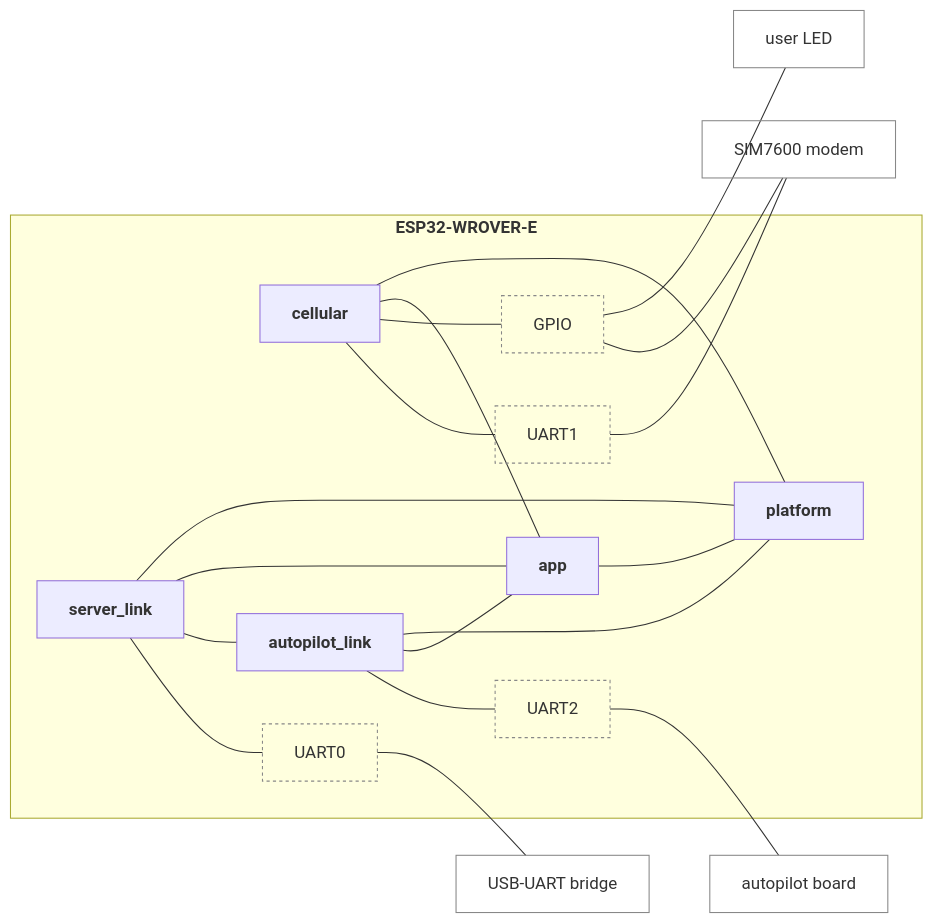
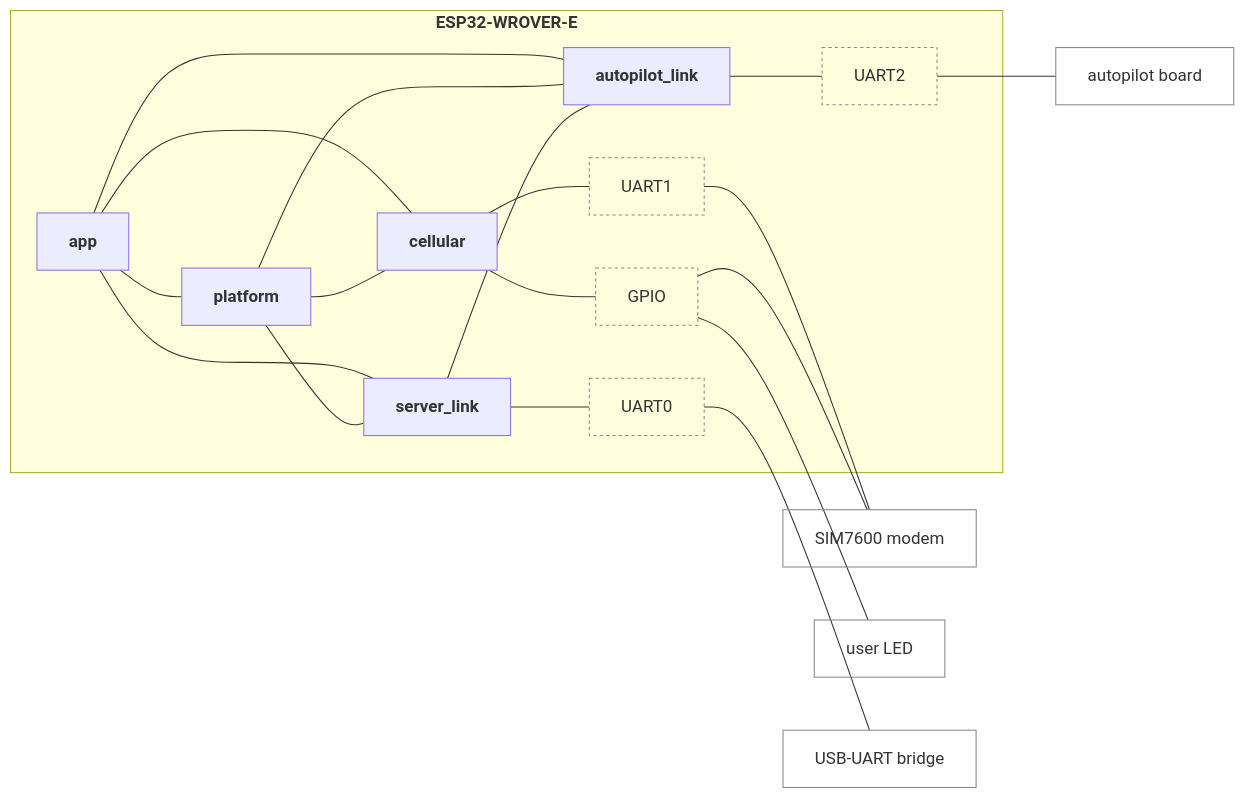
One commit to jRmx0/esp-architecture changed the fourth of 6 diagrams in examples/gateway/diagrams.md. Above: the diagram before and after it, drawn with Mermaid. The commit also changed other lines of this file and 3 other files, not shown here.

First line of the commit message:
Block diagrams: 1a without hints; 1b and level 2 keep their layout rules

````diff
--- a/examples/gateway/diagrams.md
+++ b/examples/gateway/diagrams.md
@@ -76,39 +76,39 @@
 ```mermaid
 flowchart LR
   subgraph cpu_box["<b>ESP32-WROVER-E</b>"]
     n_cellular["<b>cellular</b>"]
     n_server_link["<b>server_link</b>"]
     n_autopilot_link["<b>autopilot_link</b>"]
     n_app["<b>app</b>"]
     n_platform["<b>platform</b>"]
     n_uart_modem["UART1"]
     n_uart2_board["UART2"]
     n_uart0_console["UART0"]
     n_gpio_board["GPIO"]
   end
   n_sim7600["SIM7600 modem"]
   n_user_led["user LED"]
   n_autopilot_board["autopilot board"]
   n_ch9102["USB-UART bridge"]
   n_server_link --- n_uart0_console
   n_cellular --- n_uart_modem
   n_cellular --- n_gpio_board
   n_autopilot_link --- n_uart2_board
   n_uart_modem --- n_sim7600
   n_gpio_board --- n_sim7600
   n_gpio_board --- n_user_led
   n_uart2_board --- n_autopilot_board
   n_uart0_console --- n_ch9102
-  n_cellular --- n_app
-  n_cellular --- n_platform
+  n_app --- n_platform
+  n_app --- n_server_link
+  n_app --- n_cellular
+  n_app --- n_autopilot_link
+  n_platform --- n_server_link
+  n_platform --- n_cellular
+  n_platform --- n_autopilot_link
   n_server_link --- n_autopilot_link
-  n_server_link --- n_app
-  n_server_link --- n_platform
-  n_autopilot_link --- n_app
-  n_autopilot_link --- n_platform
-  n_app --- n_platform
   classDef bus fill:none,stroke:#888,stroke-dasharray:3 3
   class n_uart_modem,n_uart2_board,n_uart0_console,n_gpio_board bus
   classDef device fill:none,stroke:#888
   class n_sim7600,n_user_led,n_autopilot_board,n_ch9102 device
 ```
````
